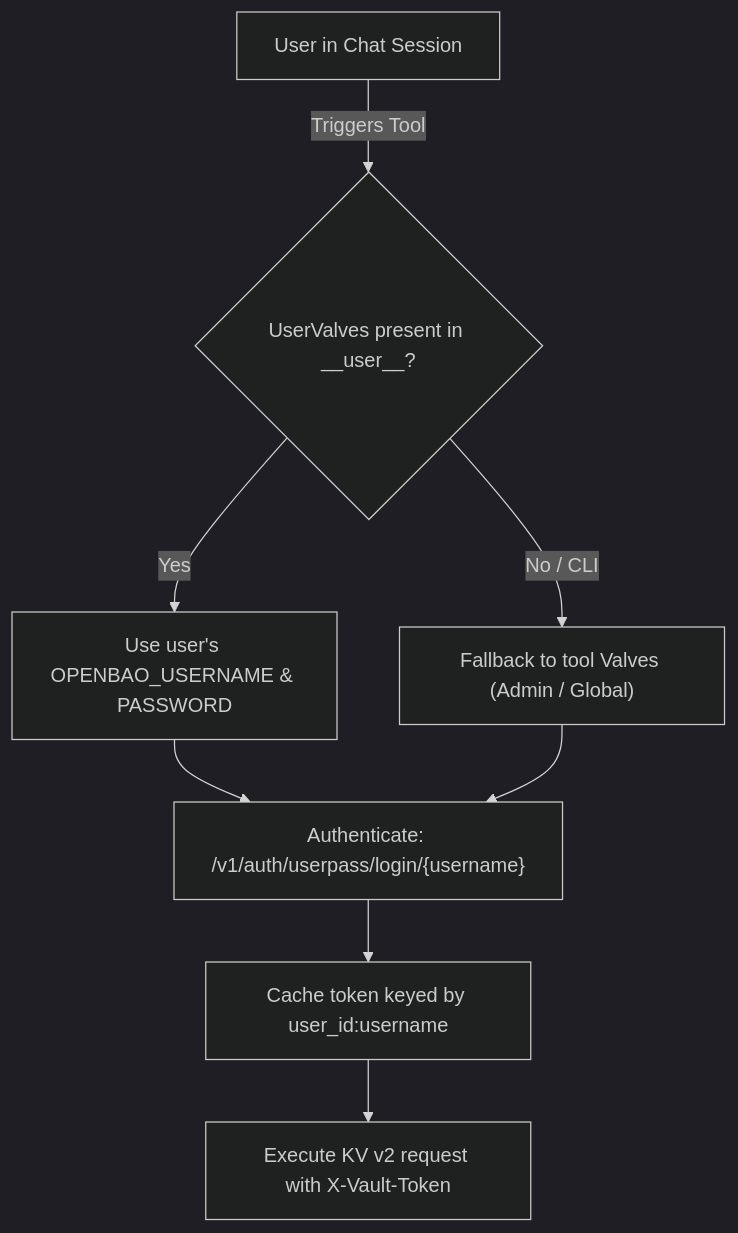
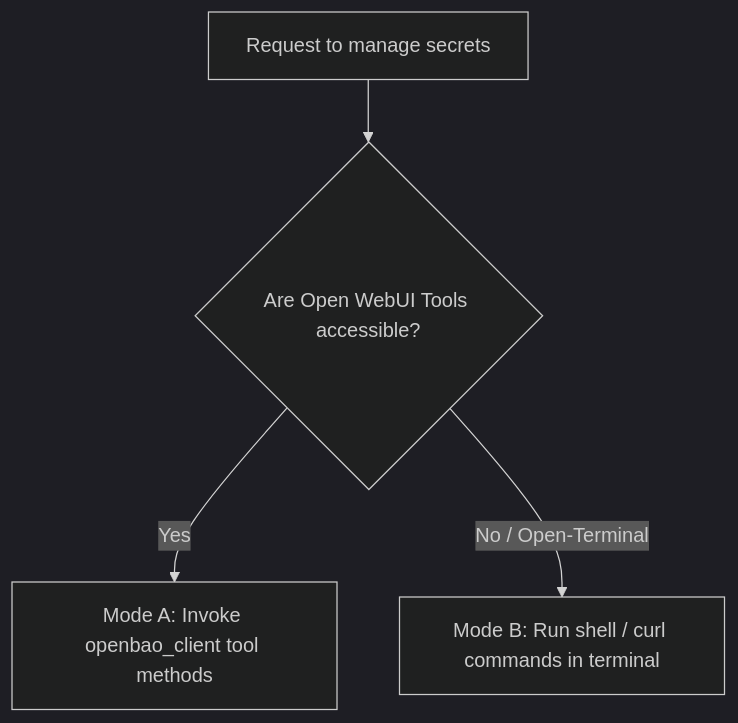
The diagram in skills/openbao_client/SKILL.md (jamesbspencer/open-webui_tools), drawn with Mermaid (dark theme) before and after one commit. The commit also changed other lines of this file and 5 other files, not shown here.

Commit message:
Update skills with Open Terminal execution playbooks when tools are inaccessible

````diff
--- a/skills/openbao_client/SKILL.md
+++ b/skills/openbao_client/SKILL.md
@@ -19,10 +21,6 @@
 ```mermaid
 flowchart TD
-    UserChat["User in Chat Session"] -->|"Triggers Tool"| CheckUserValves{"UserValves present in __user__?"}
-    CheckUserValves -->|Yes| UseUserCreds["Use user's OPENBAO_USERNAME & PASSWORD"]
-    CheckUserValves -->|No / CLI| UseGlobalValves["Fallback to tool Valves (Admin / Global)"]
-    UseUserCreds --> Auth["Authenticate: /v1/auth/userpass/login/{username}"]
-    UseGlobalValves --> Auth
-    Auth --> Cache["Cache token keyed by user_id:username"]
-    Cache --> Request["Execute KV v2 request with X-Vault-Token"]
+    Start["Request to manage secrets"] --> CheckTools{"Are Open WebUI Tools accessible?"}
+    CheckTools -->|Yes| ModeA["Mode A: Invoke openbao_client tool methods"]
+    CheckTools -->|No / Open-Terminal| ModeB["Mode B: Run shell / curl commands in terminal"]
 ```
````
